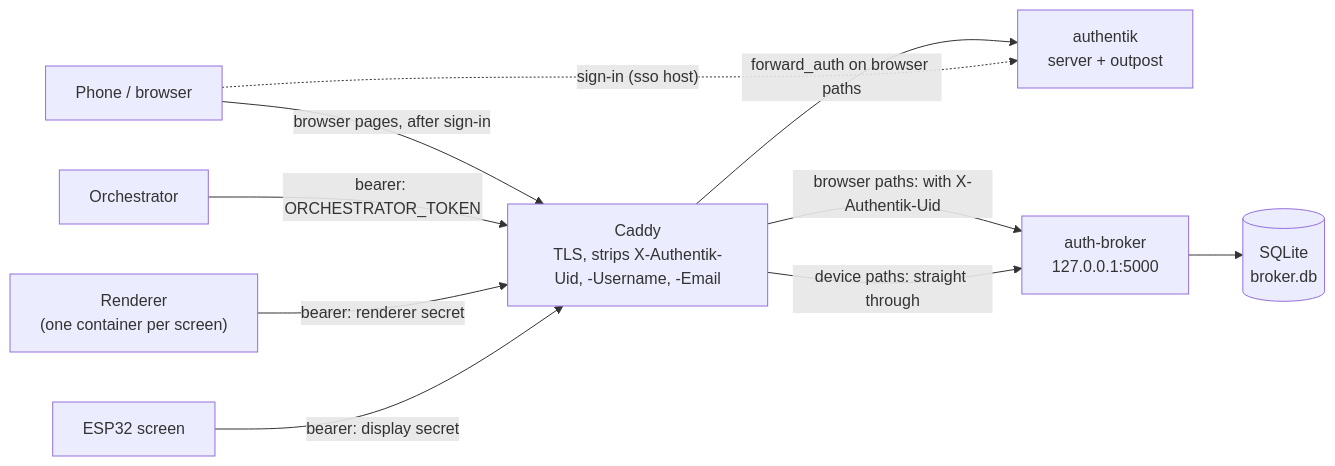
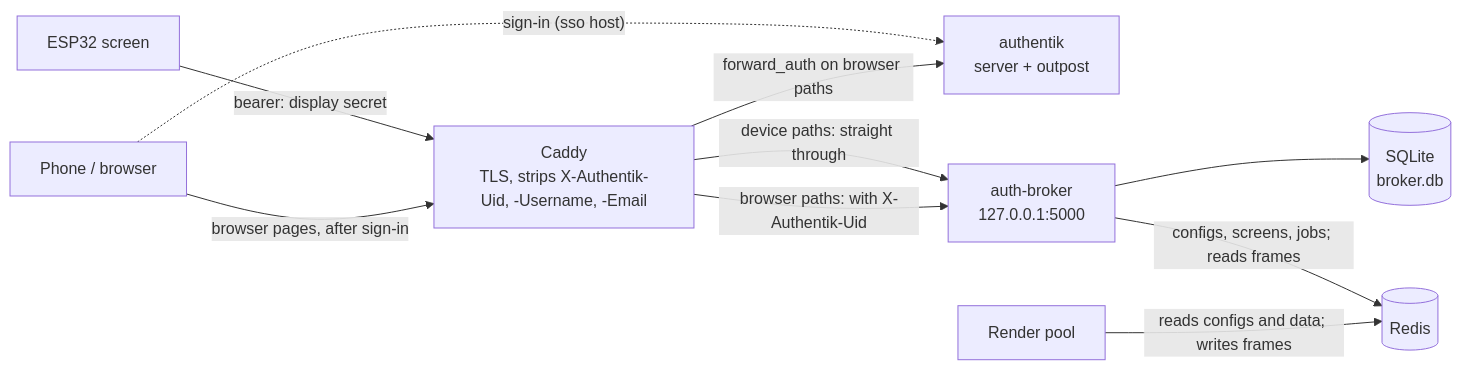
Before and after one commit to nvorkinn/auth-broker: the first of 9 diagrams in docs/architecture.md, drawn with Mermaid. The commit also changed other lines of this file and 59 other files, not shown here.

First line of the commit message:
Retire the per-screen renderers from the broker (stateless step 9)

````diff
--- a/docs/architecture.md
+++ b/docs/architecture.md
@@ -32,21 +32,21 @@
 ```mermaid
 flowchart LR
     ESP["ESP32 screen"]
     PH["Phone / browser"]
-    RN["Renderer<br/>(one container per screen)"]
-    OR["Orchestrator"]
     CD["Caddy<br/>TLS, strips X-Authentik-Uid, -Username, -Email"]
     AK["authentik<br/>server + outpost"]
     BR["auth-broker<br/>127.0.0.1:5000"]
     DB[("SQLite<br/>broker.db")]
+    RD[("Redis")]
+    RP["Render pool"]
 
     ESP -- "bearer: display secret" --> CD
-    RN -- "bearer: renderer secret" --> CD
-    OR -- "bearer: ORCHESTRATOR_TOKEN" --> CD
     PH -- "browser pages, after sign-in" --> CD
     PH -. "sign-in (sso host)" .-> AK
     CD -- "forward_auth on browser paths" --> AK
     CD -- "device paths: straight through" --> BR
     CD -- "browser paths: with X-Authentik-Uid" --> BR
     BR --> DB
+    BR -- "configs, screens, jobs; reads frames" --> RD
+    RP -- "reads configs and data; writes frames" --> RD
 ```
````
